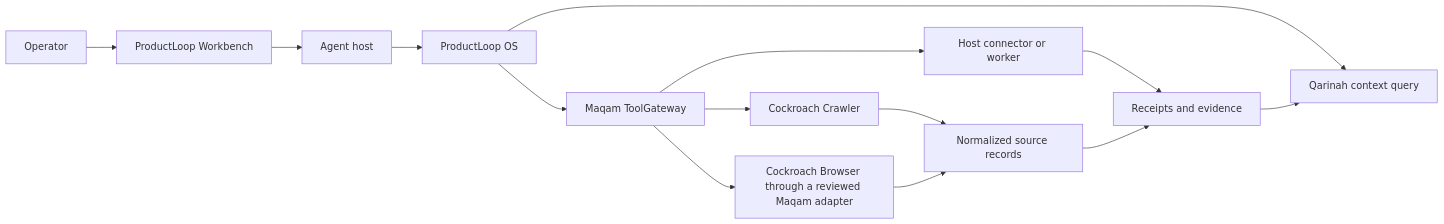
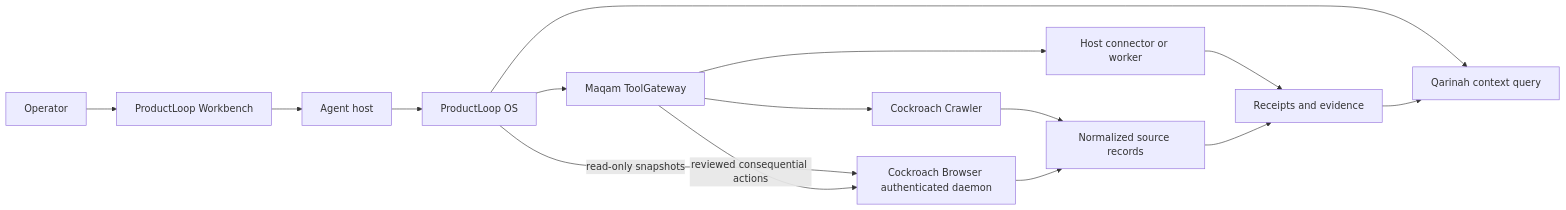
The diagram in docs/agent-stack.md (AjnasNB/productloop-os), drawn with Mermaid before and after one commit. The commit also changed 20 other files, not shown here.

Commit message:
feat: connect ProductLoop to Cockroach Browser

````diff
--- a/docs/agent-stack.md
+++ b/docs/agent-stack.md
@@ -14,16 +14,17 @@
 ```mermaid
 flowchart LR
   Operator["Operator"] --> Workbench["ProductLoop Workbench"]
   Workbench --> Host["Agent host"]
   Host --> Loop["ProductLoop OS"]
   Loop --> Context["Qarinah context query"]
   Loop --> Gateway["Maqam ToolGateway"]
+  Loop -->|"read-only snapshots"| Browser["Cockroach Browser authenticated daemon"]
   Gateway --> Crawler["Cockroach Crawler"]
-  Gateway --> Browser["Cockroach Browser through a reviewed Maqam adapter"]
+  Gateway -->|"reviewed consequential actions"| Browser
   Gateway --> Connector["Host connector or worker"]
   Crawler --> Records["Normalized source records"]
   Browser --> Records
   Connector --> Evidence["Receipts and evidence"]
   Records --> Evidence
   Evidence --> Context
 ```
````
